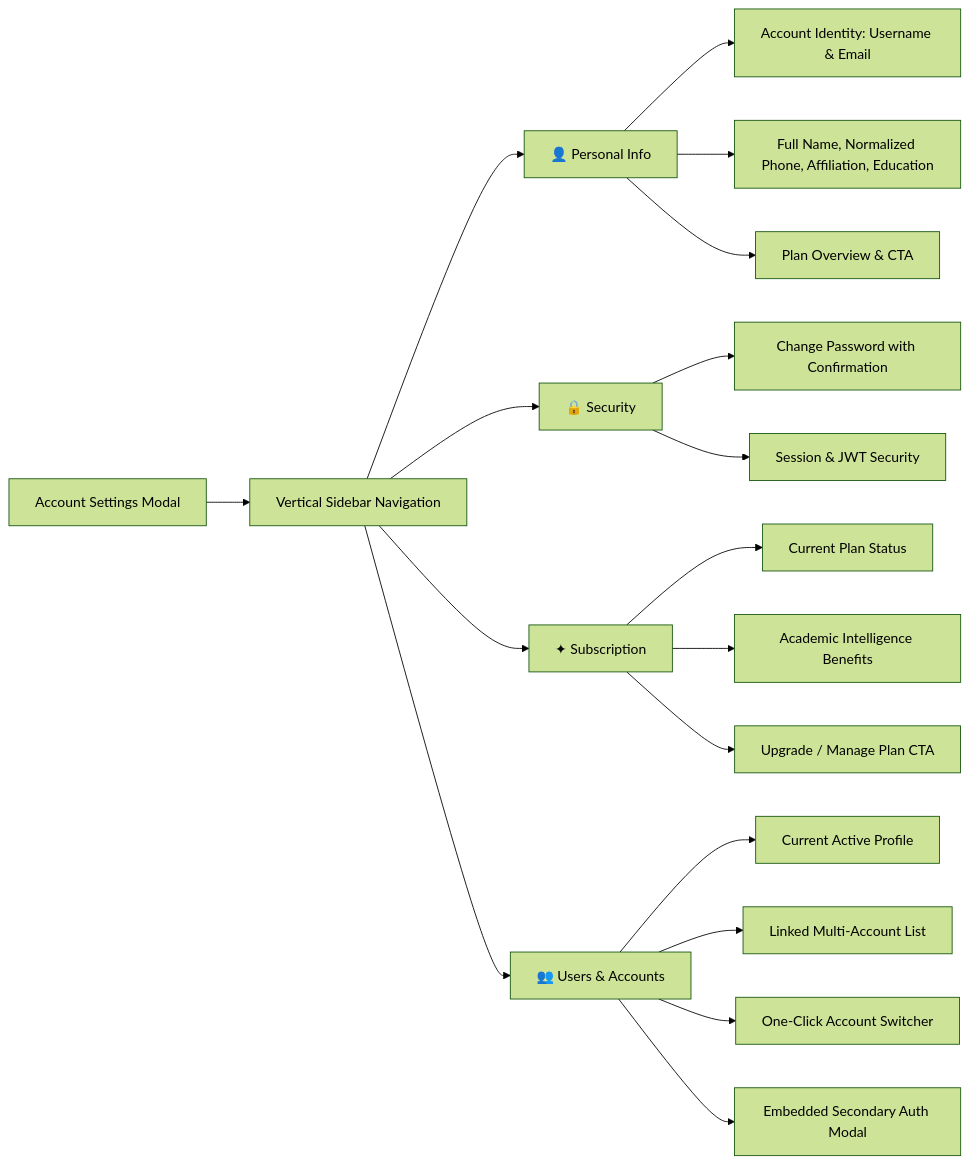
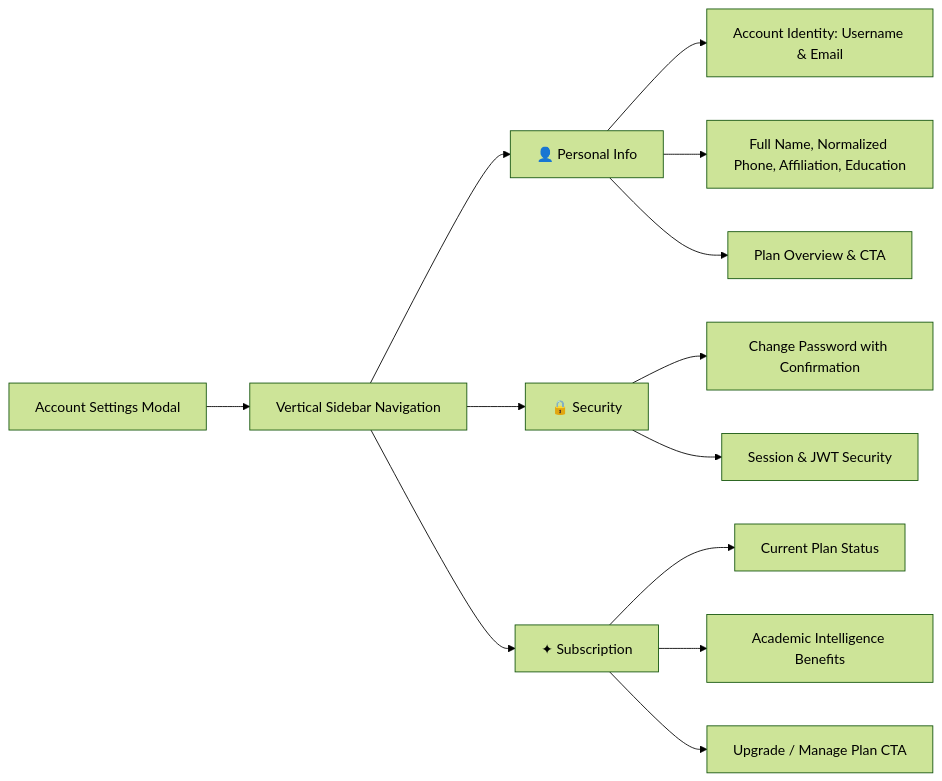
The diagram in docs/ACCOUNT_SETTINGS_AND_NAVIGATION.md (docgovinda-glitch/scholar-agentic-os), drawn with Mermaid (forest theme) before and after one commit. The commit also changed other lines of this file and 4 other files, not shown here.

Commit message:
refactor(ux): consolidate multi-account management exclusively into UserAccountMenu and remove redundant settings tab

````diff
--- a/docs/ACCOUNT_SETTINGS_AND_NAVIGATION.md
+++ b/docs/ACCOUNT_SETTINGS_AND_NAVIGATION.md
@@ -34,24 +36,18 @@
 ```mermaid
 graph LR
     Modal[Account Settings Modal] --> Nav[Vertical Sidebar Navigation]
     Nav --> Tab1[👤 Personal Info]
     Nav --> Tab2[🔒 Security]
     Nav --> Tab3[✦ Subscription]
-    Nav --> Tab4[👥 Users & Accounts]
     
     Tab1 --> Identity[Account Identity: Username & Email]
     Tab1 --> Profile[Full Name, Normalized Phone, Affiliation, Education]
     Tab1 --> PlanSummary[Plan Overview & CTA]
     
     Tab2 --> Password[Change Password with Confirmation]
     Tab2 --> Sessions[Session & JWT Security]
     
     Tab3 --> Tier[Current Plan Status]
     Tab3 --> Features[Academic Intelligence Benefits]
     Tab3 --> UpgradeBtn[Upgrade / Manage Plan CTA]
-    
-    Tab4 --> ActiveUser[Current Active Profile]
-    Tab4 --> LinkedRoster[Linked Multi-Account List]
-    Tab4 --> QuickSwitch[One-Click Account Switcher]
-    Tab4 --> LinkNew[Embedded Secondary Auth Modal]
 ```
````
